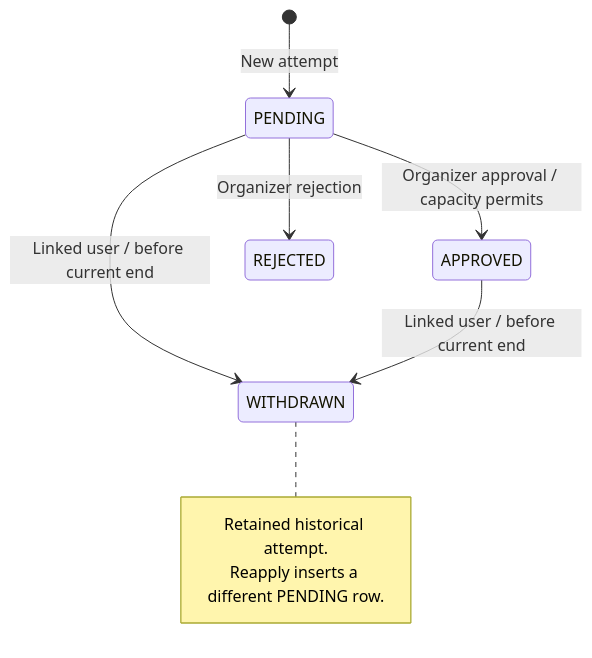
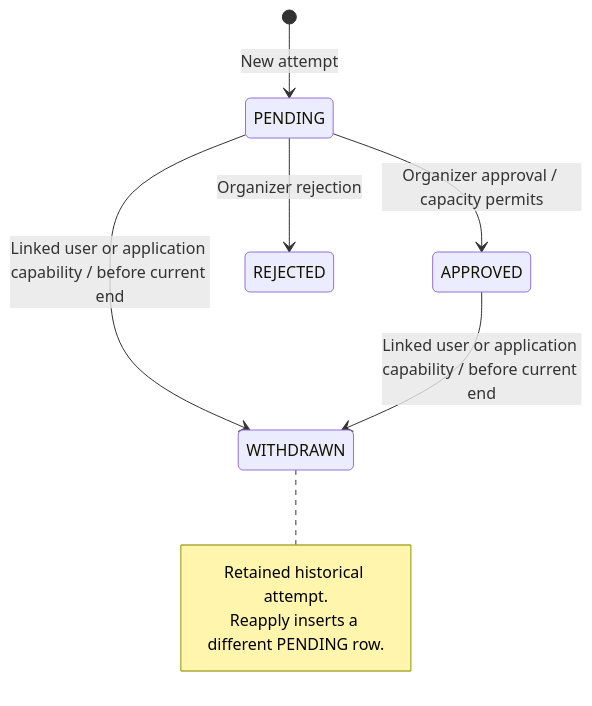
One commit to alexander-kharytonov/wbs-event-flow changed the diagram in DOMAIN.md. Above: the diagram before and after it, drawn with Mermaid. The commit also changed other lines of this file and 96 other files, not shown here.

````diff
--- a/DOMAIN.md
+++ b/DOMAIN.md
@@ -278,12 +280,12 @@
 ```mermaid
 stateDiagram-v2
     [*] --> PENDING: New attempt
     PENDING --> APPROVED: Organizer approval / capacity permits
     PENDING --> REJECTED: Organizer rejection
-    PENDING --> WITHDRAWN: Linked user / before current end
-    APPROVED --> WITHDRAWN: Linked user / before current end
+    PENDING --> WITHDRAWN: Linked user or application capability / before current end
+    APPROVED --> WITHDRAWN: Linked user or application capability / before current end
     note right of WITHDRAWN
       Retained historical attempt.
       Reapply inserts a different PENDING row.
     end note
 ```
````
